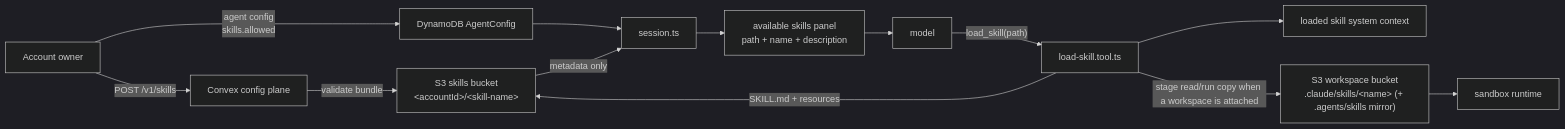
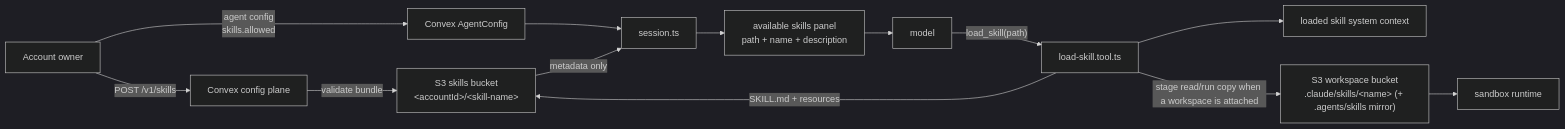
The first of 2 diagrams in apps/docs/docs/skills.md (beeblastco/broods), drawn with Mermaid (dark theme) before and after one commit. The commit also changed 77 other files, not shown here.

````diff
--- a/apps/docs/docs/skills.md
+++ b/apps/docs/docs/skills.md
@@ -7,15 +7,15 @@
 ```mermaid
 flowchart LR
   Owner["Account owner"] -->|"POST /v1/skills"| Config["Convex config plane"]
   Config -->|"validate bundle"| SkillStore["S3 skills bucket<br/>&lt;accountId&gt;/&lt;skill-name&gt;"]
-  Owner -->|"agent config<br/>skills.allowed"| AgentConfig["DynamoDB AgentConfig"]
+  Owner -->|"agent config<br/>skills.allowed"| AgentConfig["Convex AgentConfig"]
   AgentConfig --> Session["session.ts"]
   SkillStore -->|"metadata only"| Session
   Session --> Prompt["available skills panel<br/>path + name + description"]
   Prompt --> Model["model"]
   Model -->|"load_skill(path)"| Loader["load-skill.tool.ts"]
   Loader -->|"SKILL.md + resources"| SkillStore
   Loader --> Loaded["loaded skill system context"]
   Loader -->|"stage read/run copy when a workspace is attached"| Workspace["S3 workspace bucket<br/>.claude/skills/&lt;name&gt; (+ .agents/skills mirror)"]
   Workspace --> Sandbox["sandbox runtime"]
 ```
````
